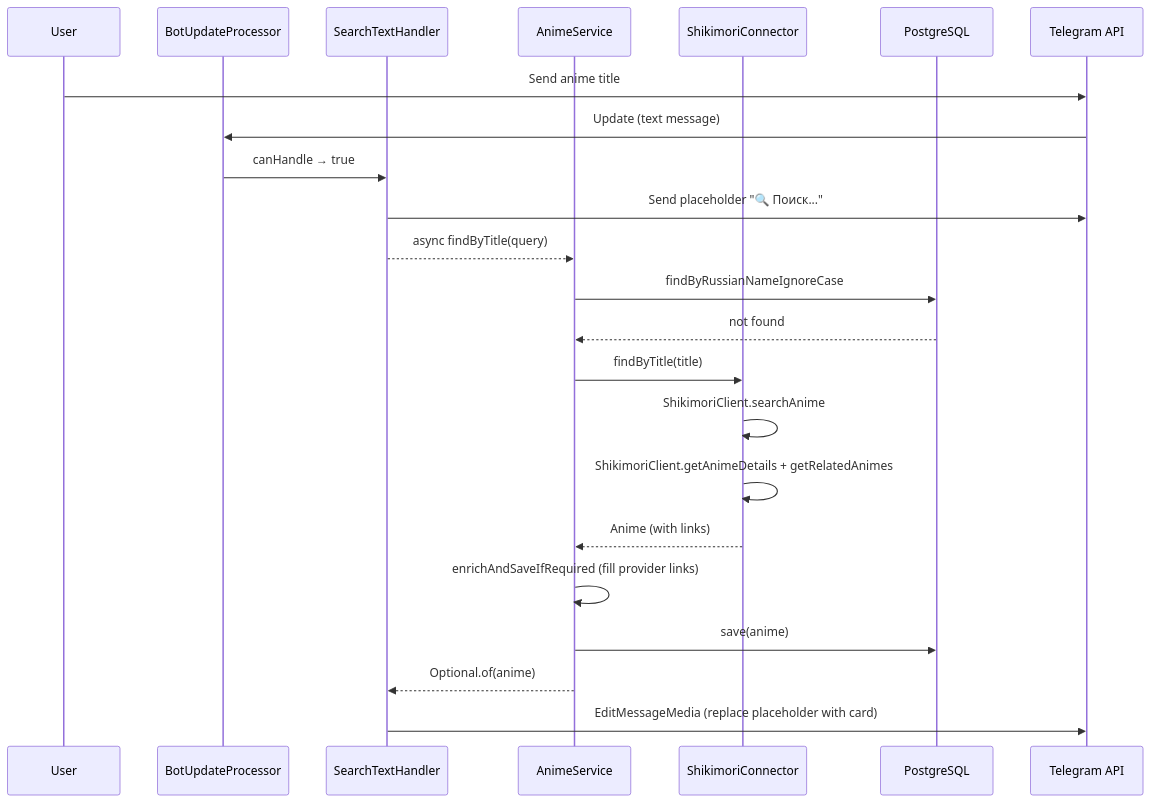
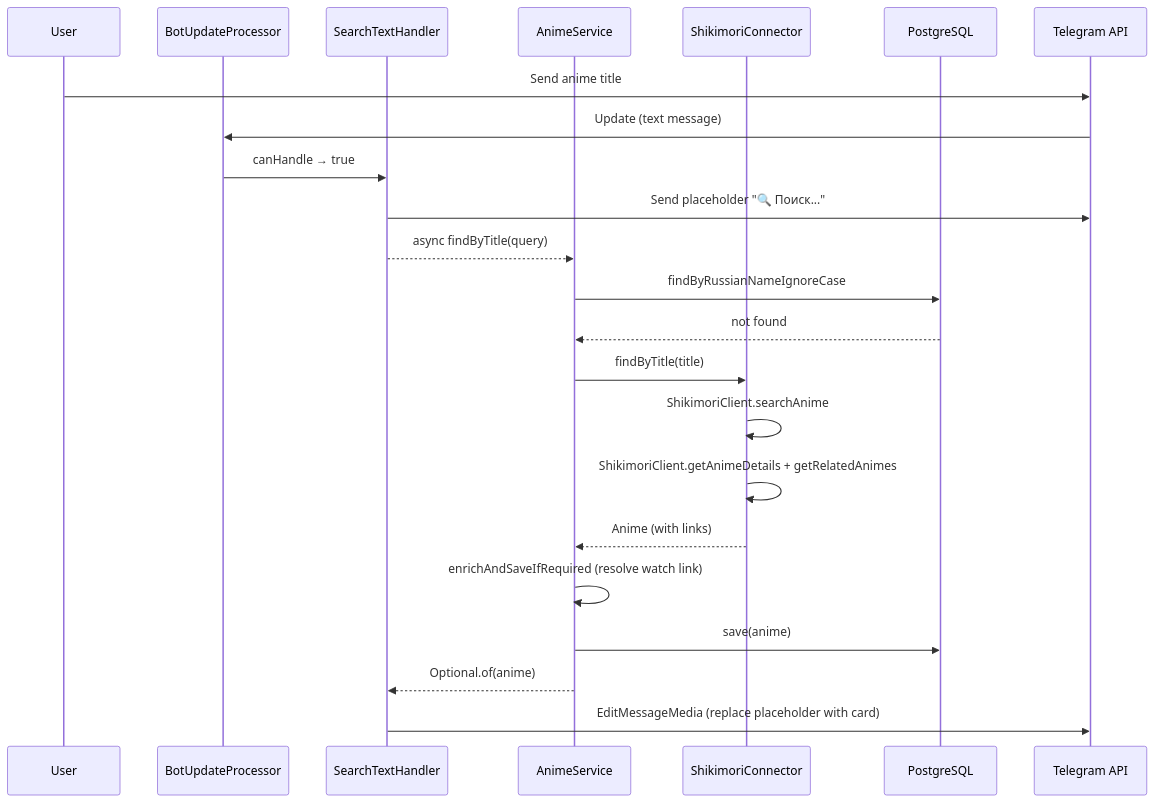
The second of 3 diagrams in README.md (ProZeroByte/animemizer-bot), drawn with Mermaid before and after one commit. The commit also changed other lines of this file and 43 other files, not shown here.

Commit message:
Add Tavily integration for watch link resolution and update Anime model

````diff
--- a/README.md
+++ b/README.md
@@ -155,26 +159,26 @@
 ```mermaid
 sequenceDiagram
     participant U as User
     participant B as BotUpdateProcessor
     participant S as SearchTextHandler
     participant AS as AnimeService
     participant SC as ShikimoriConnector
     participant DB as PostgreSQL
     participant TG as Telegram API
 
     U->>TG: Send anime title
     TG->>B: Update (text message)
     B->>S: canHandle → true
     S->>TG: Send placeholder "🔍 Поиск..."
     S-->>AS: async findByTitle(query)
     AS->>DB: findByRussianNameIgnoreCase
     DB-->>AS: not found
     AS->>SC: findByTitle(title)
     SC->>SC: ShikimoriClient.searchAnime
     SC->>SC: ShikimoriClient.getAnimeDetails + getRelatedAnimes
     SC-->>AS: Anime (with links)
-    AS->>AS: enrichAndSaveIfRequired (fill provider links)
+    AS->>AS: enrichAndSaveIfRequired (resolve watch link)
     AS->>DB: save(anime)
     AS-->>S: Optional.of(anime)
     S->>TG: EditMessageMedia (replace placeholder with card)
 ```
````
